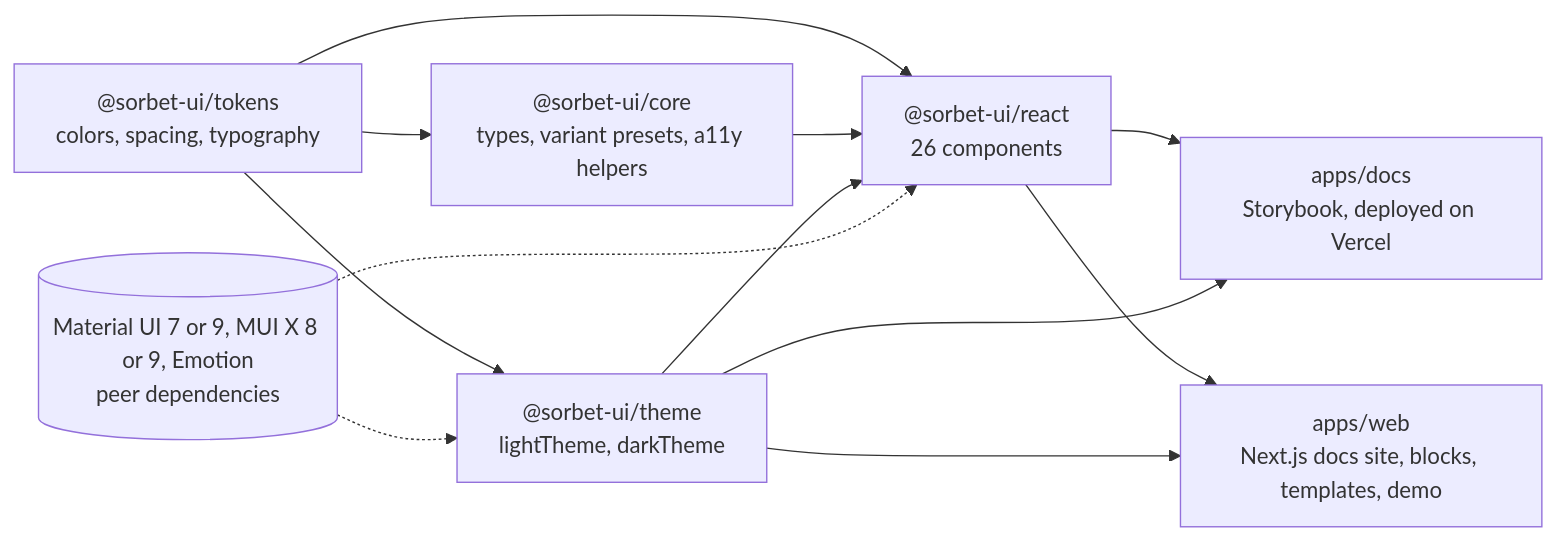
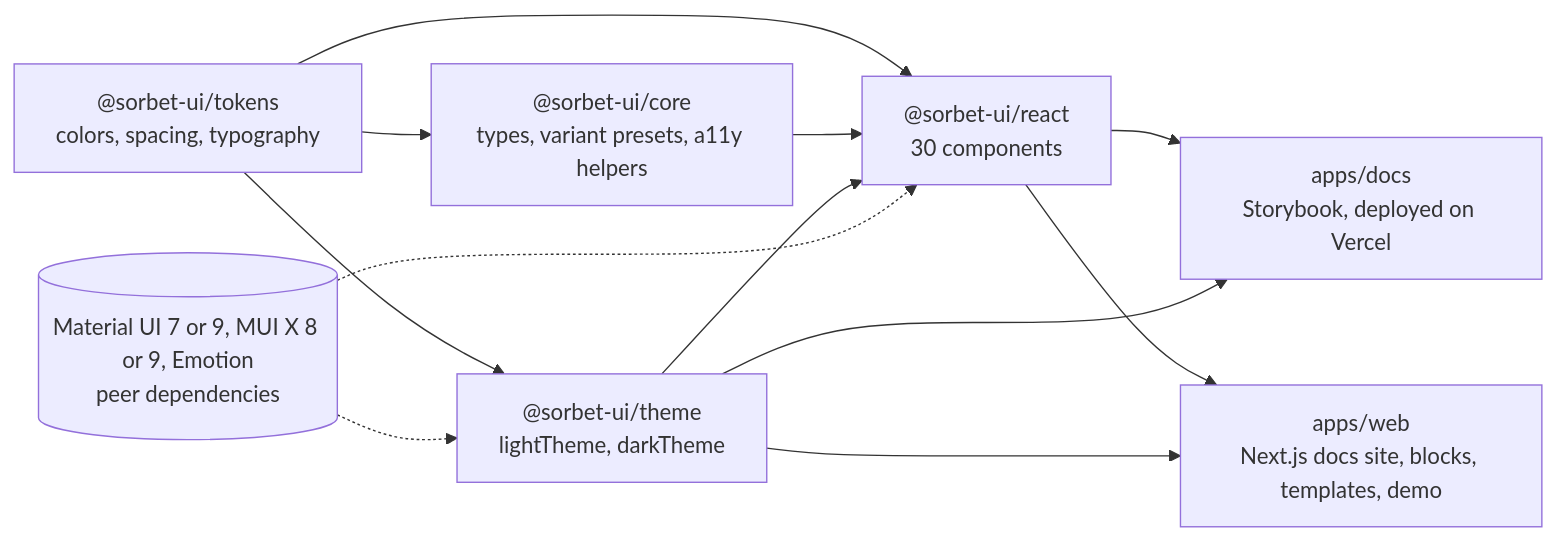
Before and after one commit to tahmidbintaslim/sorbet-ui: the diagram in README.md, drawn with Mermaid. The commit also changed other lines of this file and 24 other files, not shown here.

````diff
--- a/README.md
+++ b/README.md
@@ -213,22 +217,22 @@
 ```mermaid
 flowchart LR
   tokens["@sorbet-ui/tokens<br/>colors, spacing, typography"]
   core["@sorbet-ui/core<br/>types, variant presets, a11y helpers"]
   theme["@sorbet-ui/theme<br/>lightTheme, darkTheme"]
-  react["@sorbet-ui/react<br/>26 components"]
+  react["@sorbet-ui/react<br/>30 components"]
   mui[("Material UI 7 or 9, MUI X 8 or 9, Emotion<br/>peer dependencies")]
   docs["apps/docs<br/>Storybook, deployed on Vercel"]
   web["apps/web<br/>Next.js docs site, blocks, templates, demo"]
 
   tokens --> core
   tokens --> theme
   tokens --> react
   core --> react
   theme --> react
   mui -.-> theme
   mui -.-> react
   react --> docs
   theme --> docs
   react --> web
   theme --> web
 ```
````
